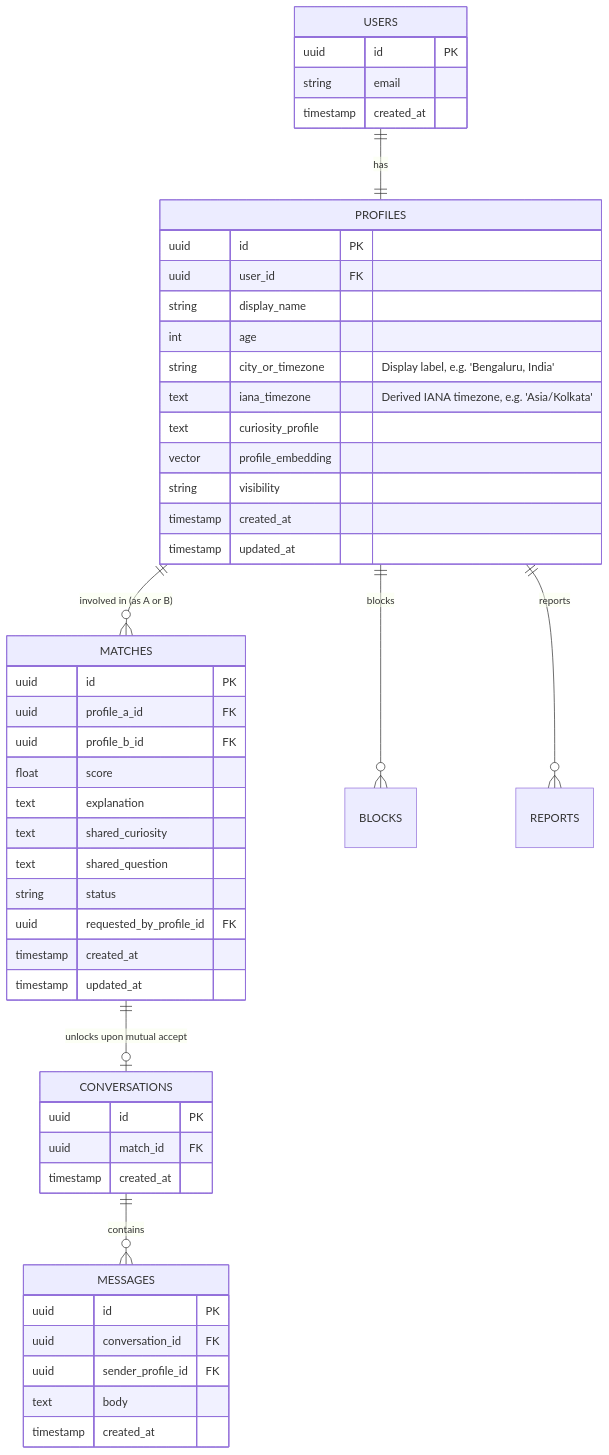
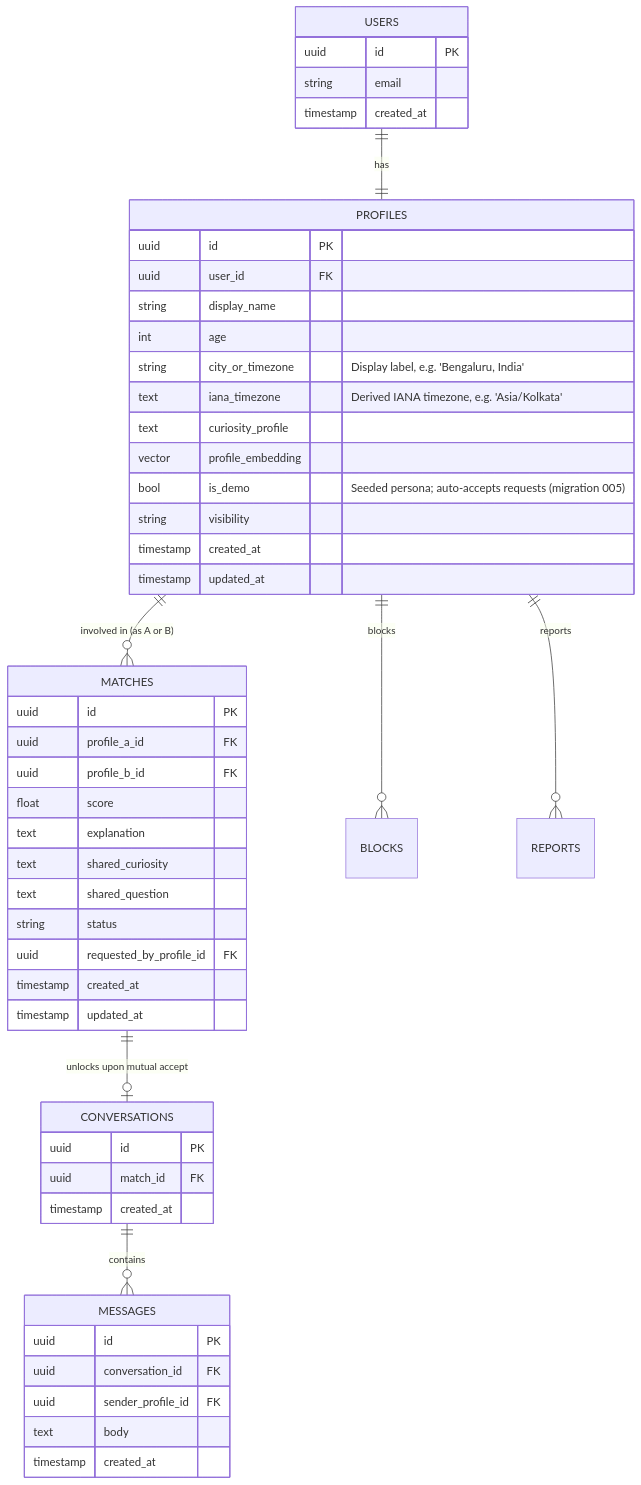
Before and after one commit to rajsinghast03/mindmate: the diagram in DATABASE_SCHEMA.md, drawn with Mermaid. The commit also changed other lines of this file and 40 other files, not shown here.

````diff
--- a/DATABASE_SCHEMA.md
+++ b/DATABASE_SCHEMA.md
@@ -9,57 +9,58 @@
 ```mermaid
 erDiagram
     USERS ||--|| PROFILES : has
     PROFILES ||--o{ MATCHES : "involved in (as A or B)"
     MATCHES ||--o| CONVERSATIONS : "unlocks upon mutual accept"
     CONVERSATIONS ||--o{ MESSAGES : contains
     PROFILES ||--o{ BLOCKS : blocks
     PROFILES ||--o{ REPORTS : reports
 
     USERS {
         uuid id PK
         string email
         timestamp created_at
     }
 
     PROFILES {
         uuid id PK
         uuid user_id FK
         string display_name
         int age
         string city_or_timezone "Display label, e.g. 'Bengaluru, India'"
         text iana_timezone "Derived IANA timezone, e.g. 'Asia/Kolkata'"
         text curiosity_profile
         vector profile_embedding
+        bool is_demo "Seeded persona; auto-accepts requests (migration 005)"
         string visibility
         timestamp created_at
         timestamp updated_at
     }
 
     MATCHES {
         uuid id PK
         uuid profile_a_id FK
         uuid profile_b_id FK
         float score
         text explanation
         text shared_curiosity
         text shared_question
         string status
         uuid requested_by_profile_id FK
         timestamp created_at
         timestamp updated_at
     }
 
     CONVERSATIONS {
         uuid id PK
         uuid match_id FK
         timestamp created_at
     }
 
     MESSAGES {
         uuid id PK
         uuid conversation_id FK
         uuid sender_profile_id FK
         text body
         timestamp created_at
     }
 ```
````
